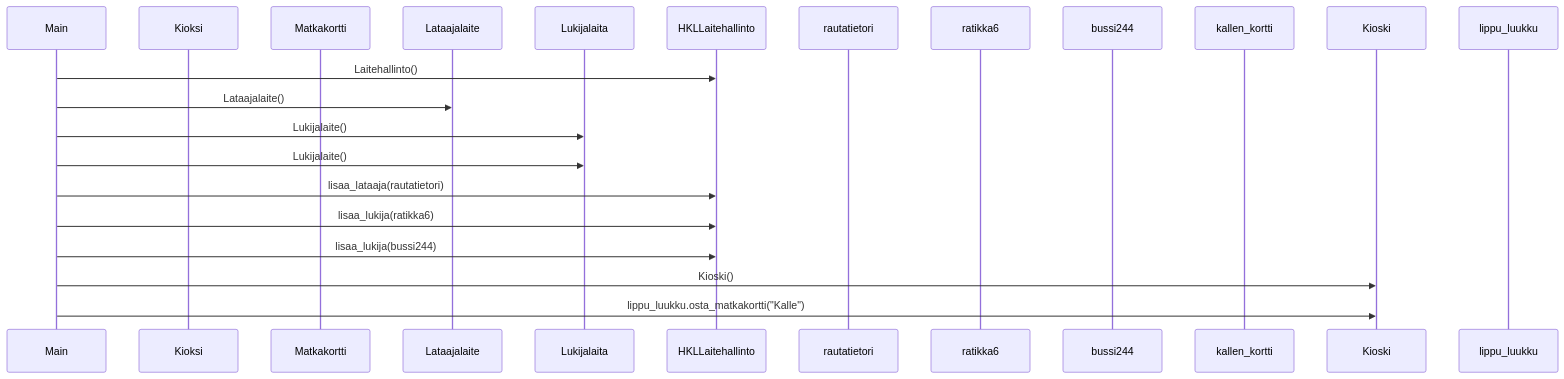
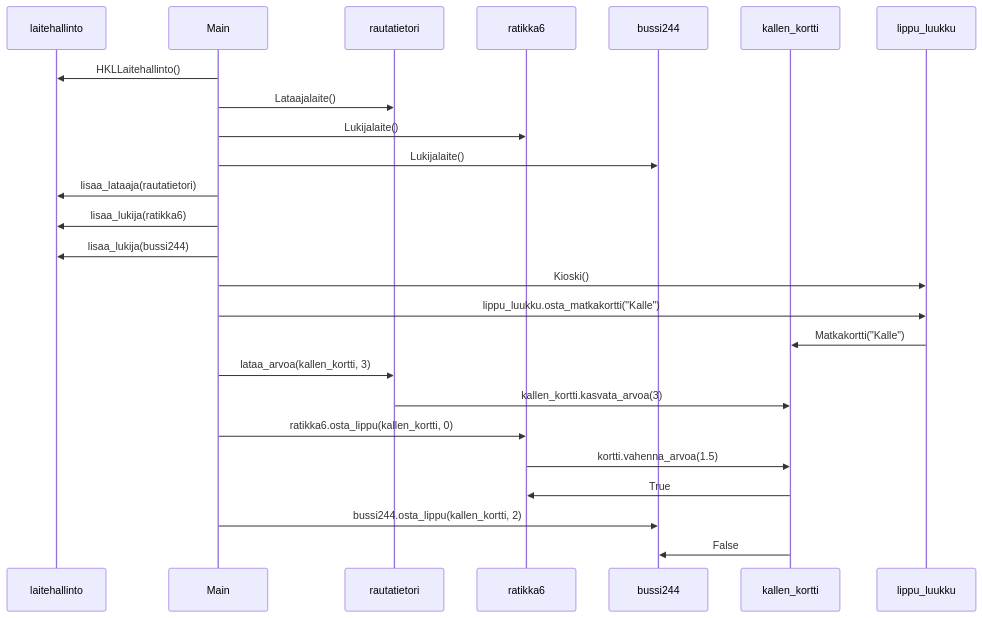
One commit to arolaeemil/ot-harjoitustyo changed the diagram in laskarit/viikko3/sekvenssikaavio_HSL.md. Above: the diagram before and after it, drawn with Mermaid.

````diff
--- a/laskarit/viikko3/sekvenssikaavio_HSL.md
+++ b/laskarit/viikko3/sekvenssikaavio_HSL.md
@@ -1,23 +1,35 @@
 ```mermaid
  sequenceDiagram
+    participant laitehallinto
     participant Main
-    participant Kioksi
-    participant Matkakortti
-    participant Lataajalaite
-    participant Lukijalaita
-    participant HKLLaitehallinto
     participant rautatietori
     participant ratikka6
     participant bussi244   
     participant kallen_kortti
-    Main->>HKLLaitehallinto: Laitehallinto()
-    Main->>Lataajalaite: Lataajalaite()
-    Main->>Lukijalaita: Lukijalaite()
-    Main->>Lukijalaita: Lukijalaite()
-    Main->>HKLLaitehallinto: lisaa_lataaja(rautatietori)
-    Main->>HKLLaitehallinto: lisaa_lukija(ratikka6)
-    Main->>HKLLaitehallinto: lisaa_lukija(bussi244)
-    Main->>Kioski: Kioski()
     participant lippu_luukku
-    Main->>Kioski: lippu_luukku.osta_matkakortti("Kalle")
+    
+    Main->>laitehallinto: HKLLaitehallinto()
+    
+    Main->>rautatietori: Lataajalaite()
+    Main->>ratikka6: Lukijalaite()
+    Main->>bussi244: Lukijalaite()
+    
+    Main->>laitehallinto: lisaa_lataaja(rautatietori)
+    Main->>laitehallinto: lisaa_lukija(ratikka6)
+    Main->>laitehallinto: lisaa_lukija(bussi244)
+    
+    Main->>lippu_luukku: Kioski()
+    
+    Main->>lippu_luukku: lippu_luukku.osta_matkakortti("Kalle")
+    lippu_luukku->>kallen_kortti: Matkakortti("Kalle")
+    
+    Main->>rautatietori: lataa_arvoa(kallen_kortti, 3)
+    rautatietori->>kallen_kortti: kallen_kortti.kasvata_arvoa(3)
+    
+    Main->>ratikka6: ratikka6.osta_lippu(kallen_kortti, 0)
+    ratikka6->>kallen_kortti: kortti.vahenna_arvoa(1.5)
+    kallen_kortti->> ratikka6: True
+    
+    Main->>bussi244: bussi244.osta_lippu(kallen_kortti, 2)
+    kallen_kortti->> bussi244: False
 ```
````
